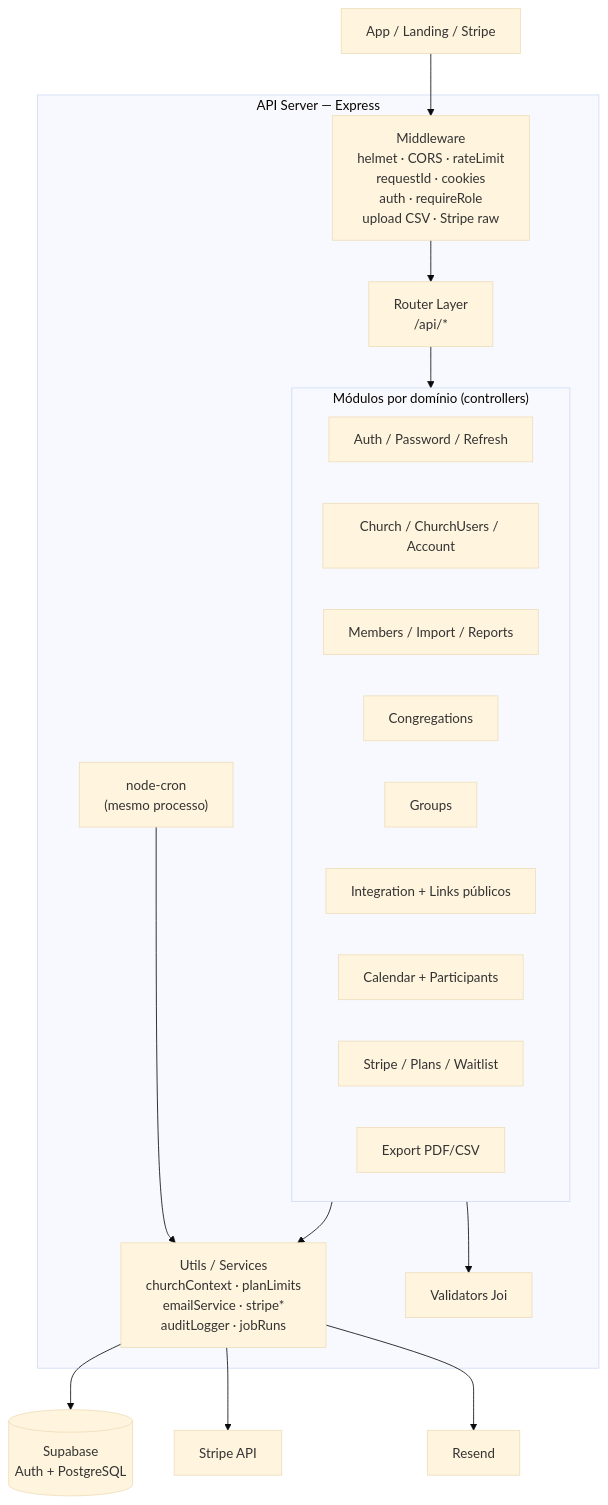
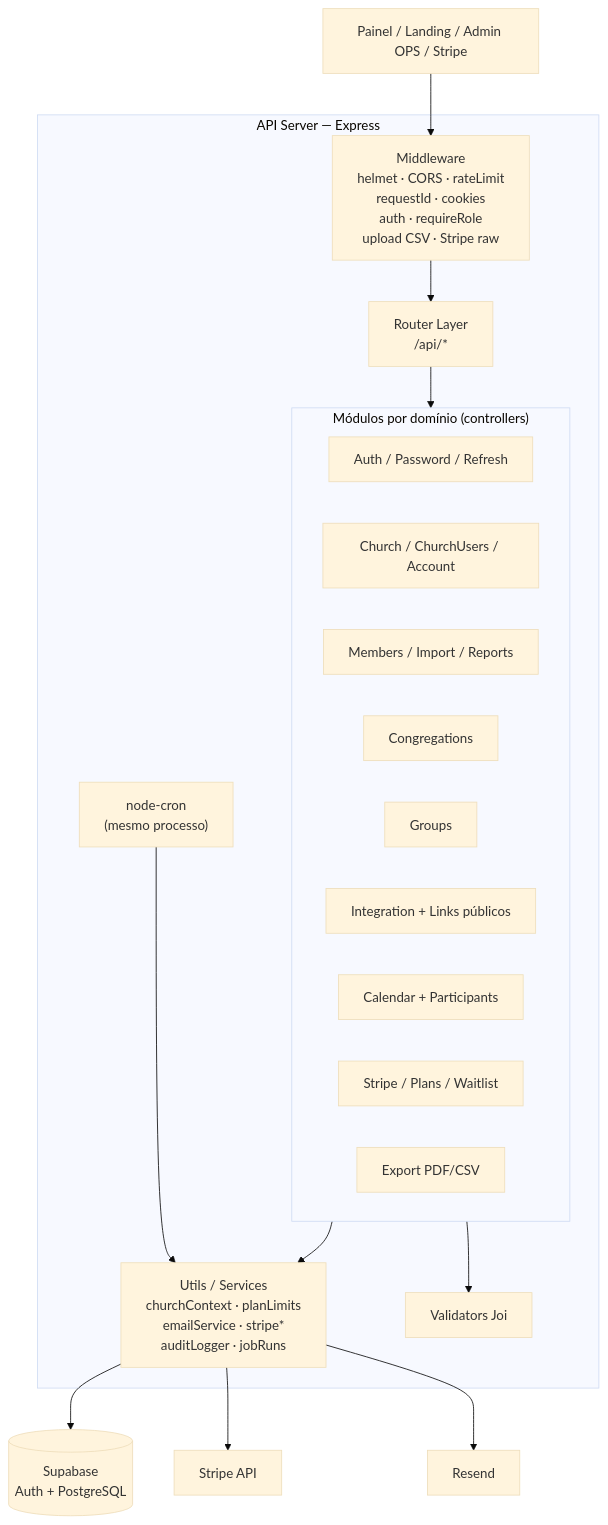
Before and after one commit to vinic-asouza/flock: the second of 8 diagrams in docs/03_arquitetura/diagrama-de-sistema.md, drawn with Mermaid (base theme). The commit also changed other lines of this file and 16 other files, not shown here.

First line of the commit message:
docs(admin-ops): record fourth monorepo surface

````diff
--- a/docs/03_arquitetura/diagrama-de-sistema.md
+++ b/docs/03_arquitetura/diagrama-de-sistema.md
@@ -62,38 +69,38 @@
 ```mermaid
 flowchart TB
-  client["App / Landing / Stripe"]
+  client["Painel / Landing / Admin OPS / Stripe"]
 
   subgraph api ["API Server — Express"]
     mw["Middleware\nhelmet · CORS · rateLimit\nrequestId · cookies\nauth · requireRole\nupload CSV · Stripe raw"]
 
     routes["Router Layer\n/api/*"]
 
     subgraph mods ["Módulos por domínio (controllers)"]
       auth_m["Auth / Password / Refresh"]
       church_m["Church / ChurchUsers / Account"]
       members_m["Members / Import / Reports"]
       cong_m["Congregations"]
       groups_m["Groups"]
       integ_m["Integration + Links públicos"]
       cal_m["Calendar + Participants"]
       bill_m["Stripe / Plans / Waitlist"]
       export_m["Export PDF/CSV"]
     end
 
     utils["Utils / Services\nchurchContext · planLimits\nemailService · stripe*\nauditLogger · jobRuns"]
     cron["node-cron\n(mesmo processo)"]
     val["Validators Joi"]
   end
 
   sb[("Supabase\nAuth + PostgreSQL")]
   stripe["Stripe API"]
   resend["Resend"]
 
   client --> mw --> routes --> mods
   mods --> val
   mods --> utils
   utils --> sb
   utils --> stripe
   utils --> resend
   cron --> utils
 ```
````
